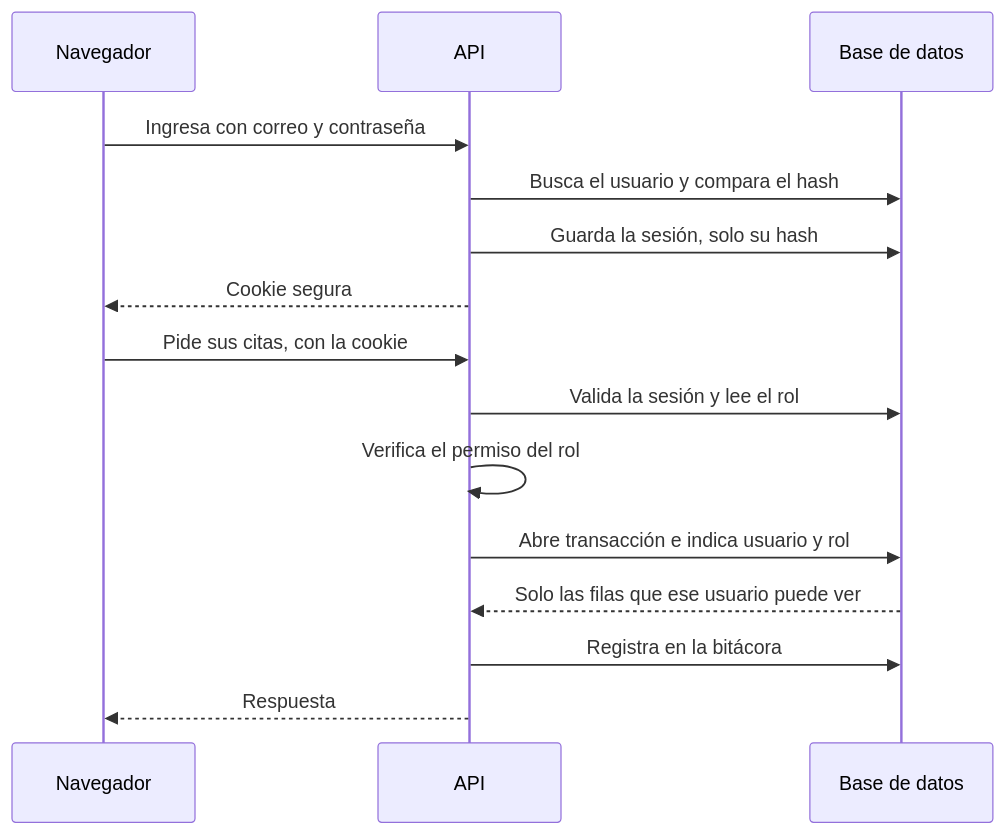
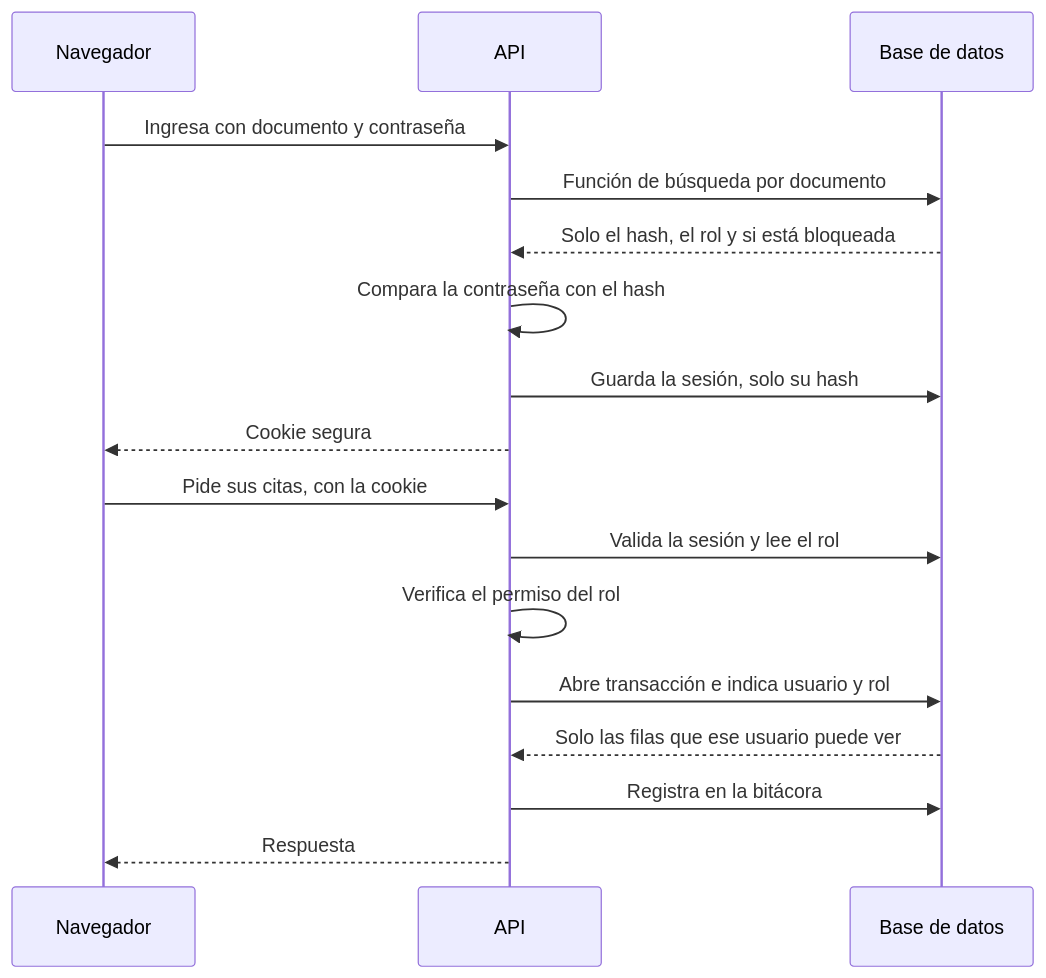
One commit to JAOSjavi/vitalia changed the fifth of 14 diagrams in diseno/06-diagramas-de-arquitectura.md. Above: the diagram before and after it, drawn with Mermaid. The commit also changed other lines of this file and 45 other files, not shown here.

First line of the commit message:
Cierre de Diseño: historia clínica, ingreso con documento y base visual

````diff
--- a/diseno/06-diagramas-de-arquitectura.md
+++ b/diseno/06-diagramas-de-arquitectura.md
@@ -140,19 +140,21 @@
 ```mermaid
 sequenceDiagram
     participant N as Navegador
     participant A as API
     participant B as Base de datos
 
-    N->>A: Ingresa con correo y contraseña
-    A->>B: Busca el usuario y compara el hash
+    N->>A: Ingresa con documento y contraseña
+    A->>B: Función de búsqueda por documento
+    B-->>A: Solo el hash, el rol y si está bloqueada
+    A->>A: Compara la contraseña con el hash
     A->>B: Guarda la sesión, solo su hash
     A-->>N: Cookie segura
 
     N->>A: Pide sus citas, con la cookie
     A->>B: Valida la sesión y lee el rol
     A->>A: Verifica el permiso del rol
     A->>B: Abre transacción e indica usuario y rol
     B-->>A: Solo las filas que ese usuario puede ver
     A->>B: Registra en la bitácora
     A-->>N: Respuesta
 ```
````
